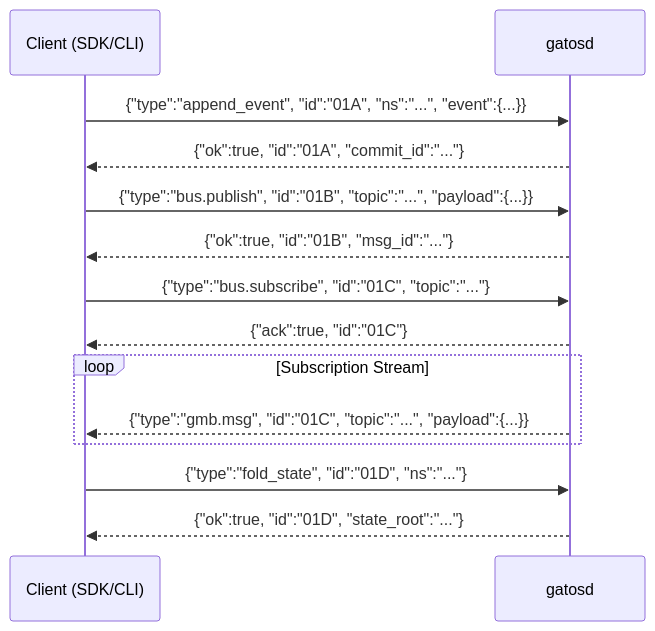
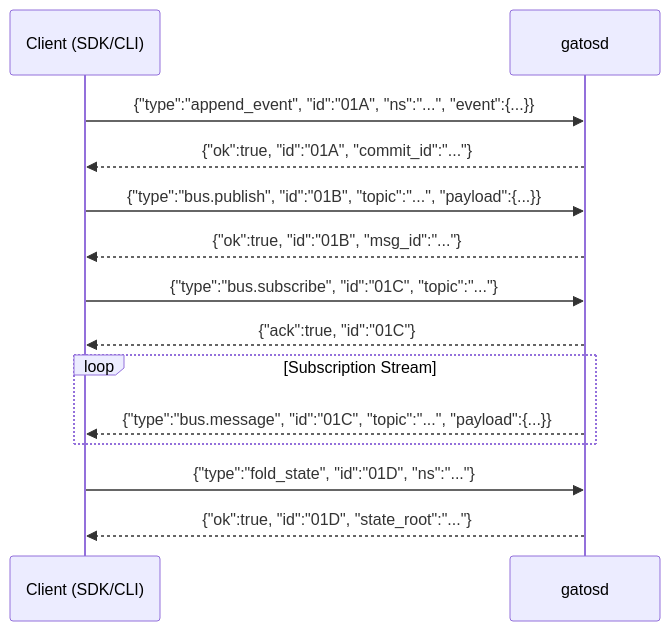
The first of 2 diagrams in docs/diagrams/api_endpoints.md (flyingrobots/gatos), drawn with Mermaid before and after one commit. The commit also changed other lines of this file and 14 other files, not shown here.

Commit message:
meta/docs/daemon/docs: feature docs + glob rationale; mind README acronym; daemon deps + async scaffold; ADR cleanup; diagrams: error schema + naming; SPEC hyphenation; TECH-SPEC tuning guidance; FFI safety + no panics; git backend cleanups

````diff
--- a/docs/diagrams/api_endpoints.md
+++ b/docs/diagrams/api_endpoints.md
@@ -7,20 +7,20 @@
 ```mermaid
 sequenceDiagram
     participant Client as Client (SDK/CLI)
     participant Daemon as gatosd
 
     Client->>Daemon: {"type":"append_event", "id":"01A", "ns":"...", "event":{...}}
     Daemon-->>Client: {"ok":true, "id":"01A", "commit_id":"..."}
 
     Client->>Daemon: {"type":"bus.publish", "id":"01B", "topic":"...", "payload":{...}}
     Daemon-->>Client: {"ok":true, "id":"01B", "msg_id":"..."}
 
     Client->>Daemon: {"type":"bus.subscribe", "id":"01C", "topic":"..."}
     Daemon-->>Client: {"ack":true, "id":"01C"}
     loop Subscription Stream
-        Daemon-->>Client: {"type":"gmb.msg", "id":"01C", "topic":"...", "payload":{...}}
+        Daemon-->>Client: {"type":"bus.message", "id":"01C", "topic":"...", "payload":{...}}
     end
 
     Client->>Daemon: {"type":"fold_state", "id":"01D", "ns":"..."}
     Daemon-->>Client: {"ok":true, "id":"01D", "state_root":"..."}
 ```
````
